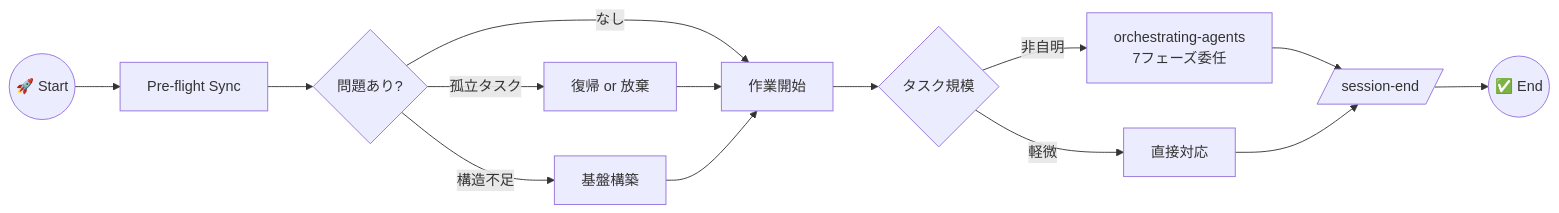
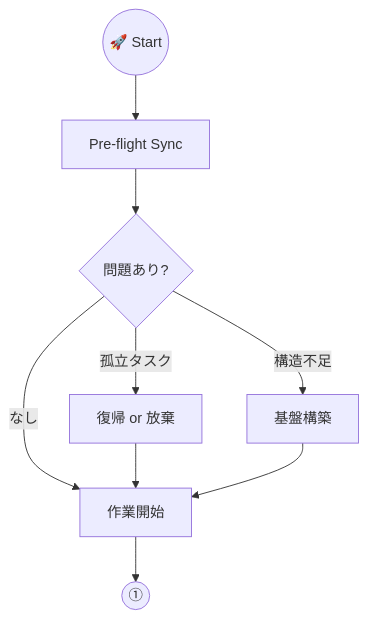
One commit to AtsushiYamashita/skills-my-util changed the first of 5 diagrams in README.md. Above: the diagram before and after it, drawn with Mermaid. The commit also changed other lines of this file, not shown here.

Commit message:
docs: split lifecycle diagram into 2 vertical stages with off-page connector

````diff
--- a/README.md
+++ b/README.md
@@ -7,16 +7,11 @@
 ```mermaid
-flowchart LR
+flowchart TB
     A((🚀 Start)) --> B[Pre-flight Sync]
     B --> C{問題あり?}
     C -->|孤立タスク| D[復帰 or 放棄]
     C -->|構造不足| E[基盤構築]
     C -->|なし| F[作業開始]
     D --> F
     E --> F
-    F --> G{タスク規模}
-    G -->|非自明| H[orchestrating-agents\n7フェーズ委任]
-    G -->|軽微| I[直接対応]
-    H --> J[/session-end/]
-    I --> J
-    J --> K((✅ End))
+    F --> G((①))
 ```
````
